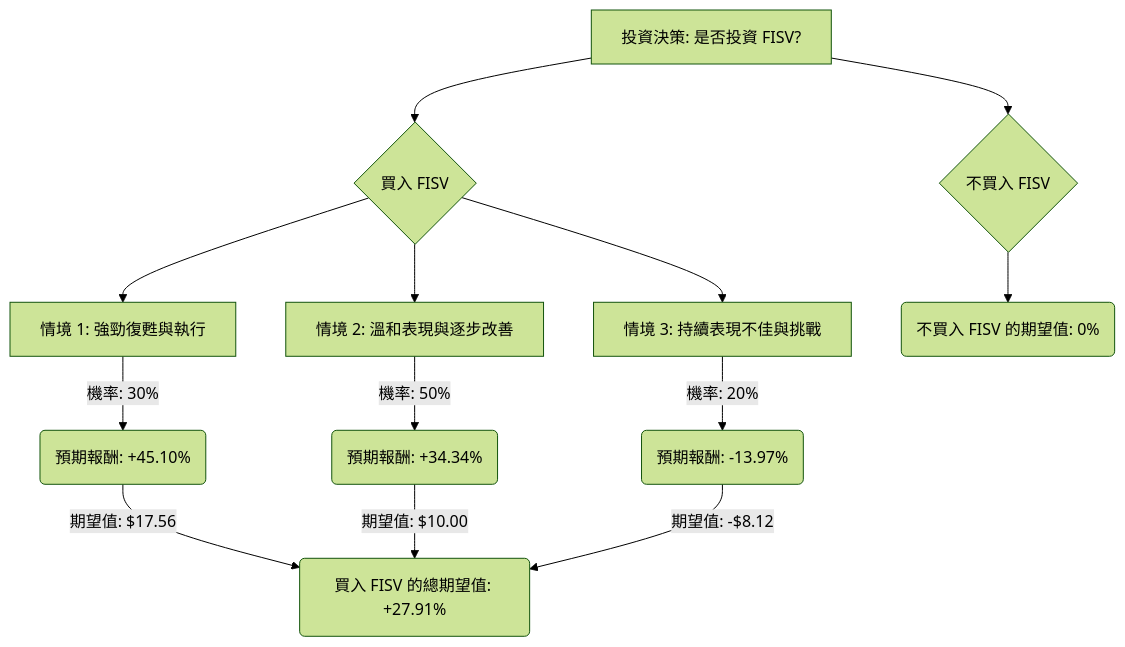
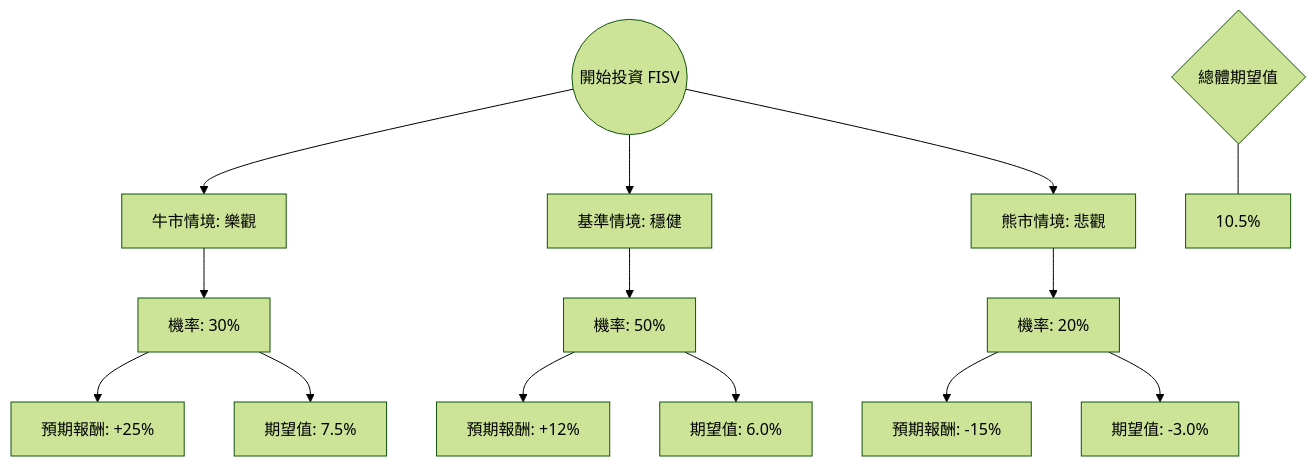
Before and after one commit to zmcx16/zmcx16.github.io: the diagram in plugin-react/ai-analysis/ev-analysis/FISV.md, drawn with Mermaid (forest theme). The commit also changed other lines of this file and 80 other files, not shown here.

````diff
--- a/plugin-react/ai-analysis/ev-analysis/FISV.md
+++ b/plugin-react/ai-analysis/ev-analysis/FISV.md
@@ -30,20 +21,20 @@
 ```mermaid
 graph TD
-    A[投資決策: 是否投資 FISV?] --> B{買入 FISV}
-    A --> C{不買入 FISV}
+    Start((開始投資 FISV)) --> Bull[牛市情境: 樂觀]
+    Start --> Base[基準情境: 穩健]
+    Start --> Bear[熊市情境: 悲觀]
 
-    B --> B1[情境 1: 強勁復甦與執行]
-    B1 -- 機率: 30% --> B1_Outcome(預期報酬: +45.10%)
-    B1_Outcome -- 期望值: $17.56 --> B_EV
+    Bull --> Bull_P[機率: 30%]
+    Bull_P --> Bull_R[預期報酬: +25%]
+    Bull_P --> Bull_EV[期望值: 7.5%]
 
-    B --> B2[情境 2: 溫和表現與逐步改善]
-    B2 -- 機率: 50% --> B2_Outcome(預期報酬: +34.34%)
-    B2_Outcome -- 期望值: $10.00 --> B_EV
+    Base --> Base_P[機率: 50%]
+    Base_P --> Base_R[預期報酬: +12%]
+    Base_P --> Base_EV[期望值: 6.0%]
 
-    B --> B3[情境 3: 持續表現不佳與挑戰]
-    B3 -- 機率: 20% --> B3_Outcome(預期報酬: -13.97%)
-    B3_Outcome -- 期望值: -$8.12 --> B_EV
+    Bear --> Bear_P[機率: 20%]
+    Bear_P --> Bear_R[預期報酬: -15%]
+    Bear_P --> Bear_EV[期望值: -3.0%]
 
-    B_EV(買入 FISV 的總期望值: +27.91%)
-    C --> C1(不買入 FISV 的期望值: 0%)
+    Total_EV{總體期望值} --- Result[10.5%]
 ```
````
